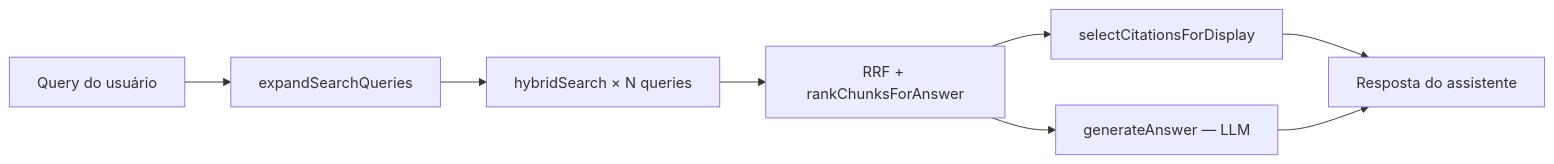
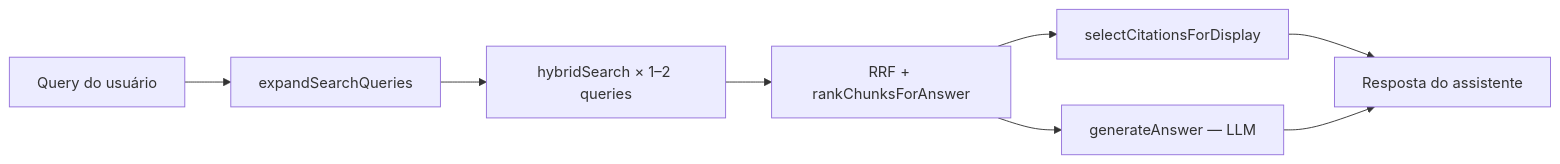
One commit to rflsc/qi-conhecimento changed the second of 2 diagrams in docs/architecture/knowledge-rag.md. Above: the diagram before and after it, drawn with Mermaid. The commit also changed other lines of this file and 7 other files, not shown here.

````diff
--- a/docs/architecture/knowledge-rag.md
+++ b/docs/architecture/knowledge-rag.md
@@ -138,10 +200,10 @@
 ```mermaid
 flowchart LR
   Q[Query do usuário] --> E[expandSearchQueries]
-  E --> H[hybridSearch × N queries]
+  E --> H[hybridSearch × 1–2 queries]
   H --> R[RRF + rankChunksForAnswer]
   R --> C[selectCitationsForDisplay]
   R --> L[generateAnswer — LLM]
   C --> UI[Citações na web]
   L --> UI[Resposta do assistente]
 ```
````
